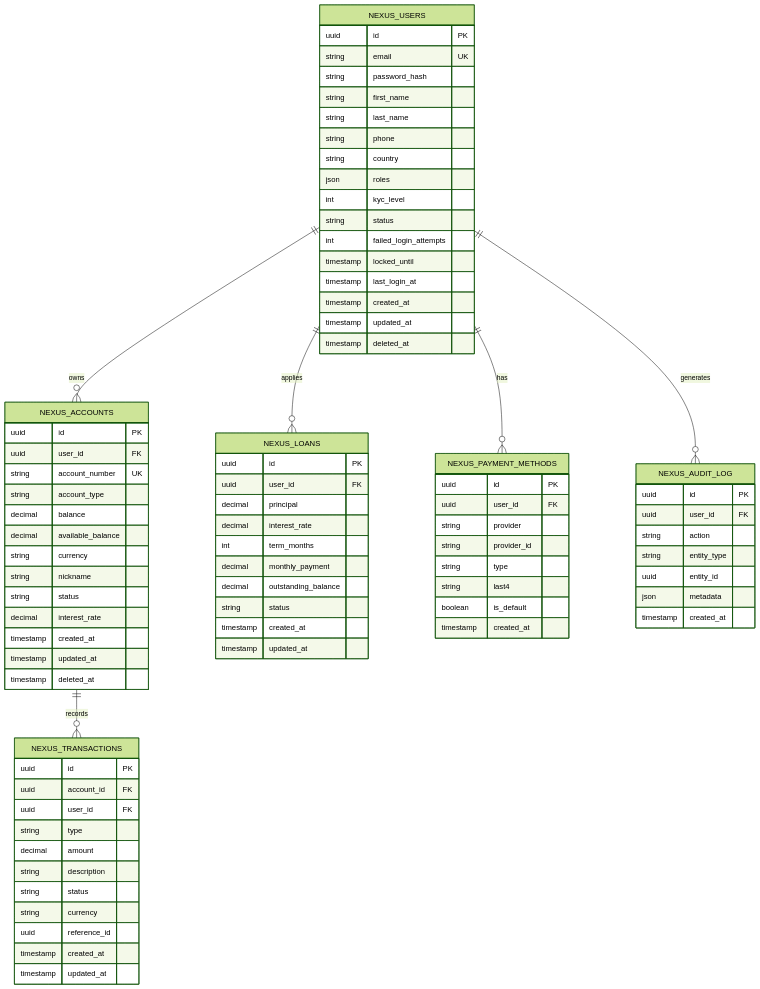
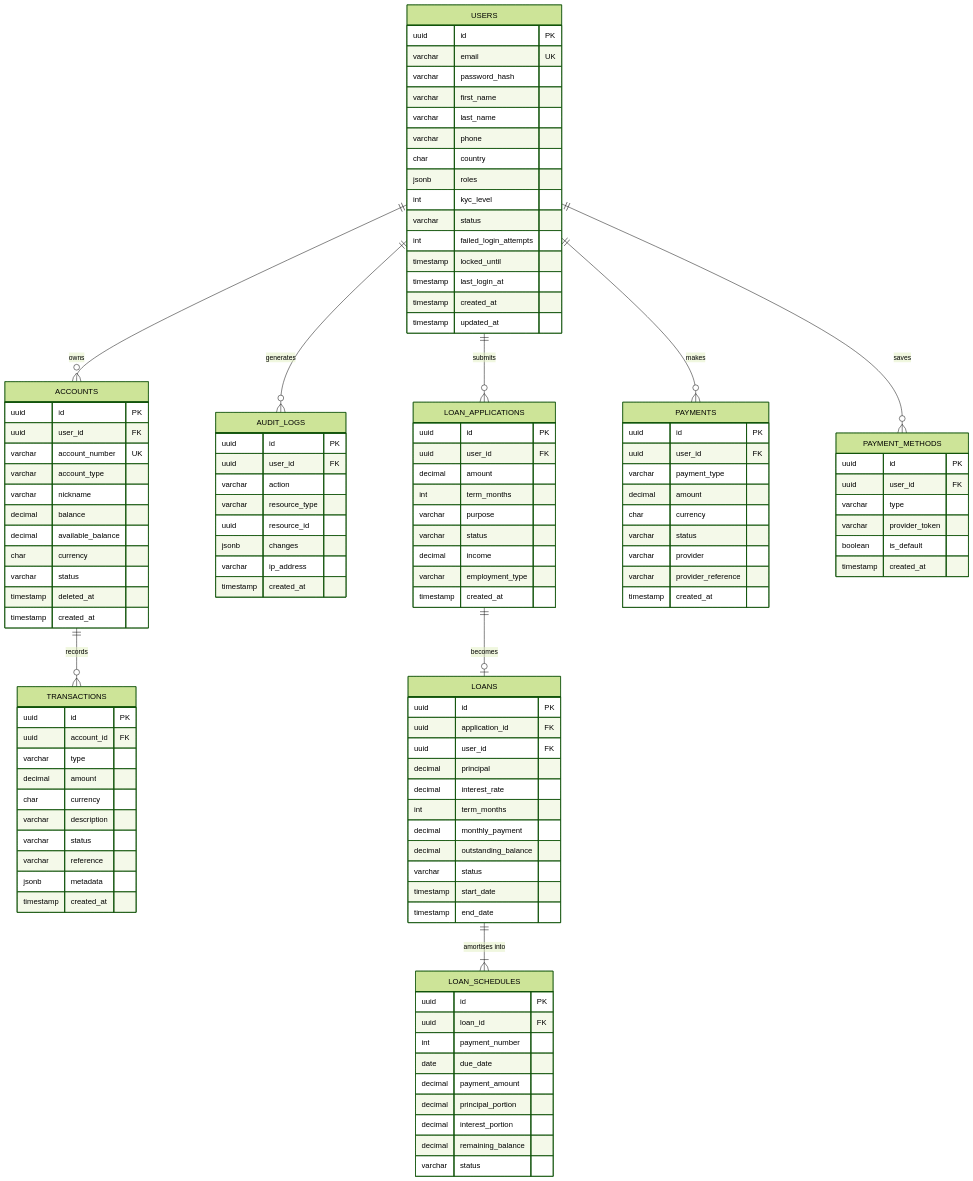
Before and after one commit to Skillfyme-R/DevOps-Capstone-Projects: the fourth of 8 diagrams in Project 1/README.md, drawn with Mermaid (forest theme). The commit also changed other lines of this file, not shown here.

Commit message:
docs: add enterprise-grade README for NexusFinance platform

````diff
--- a/Project 1/README.md
+++ b/Project 1/README.md
@@ -371,91 +491,126 @@
 ```mermaid
 erDiagram
-    NEXUS_USERS {
+    USERS {
         uuid id PK
-        string email UK
-        string password_hash
-        string first_name
-        string last_name
-        string phone
-        string country
-        json roles
+        varchar email UK
+        varchar password_hash
+        varchar first_name
+        varchar last_name
+        varchar phone
+        char country
+        jsonb roles
         int kyc_level
-        string status
+        varchar status
         int failed_login_attempts
         timestamp locked_until
         timestamp last_login_at
         timestamp created_at
         timestamp updated_at
-        timestamp deleted_at
     }
 
-    NEXUS_ACCOUNTS {
+    ACCOUNTS {
         uuid id PK
         uuid user_id FK
-        string account_number UK
-        string account_type
+        varchar account_number UK
+        varchar account_type
+        varchar nickname
         decimal balance
         decimal available_balance
-        string currency
-        string nickname
-        string status
-        decimal interest_rate
+        char currency
+        varchar status
+        timestamp deleted_at
         timestamp created_at
-        timestamp updated_at
-        timestamp deleted_at
     }
 
-    NEXUS_TRANSACTIONS {
+    TRANSACTIONS {
         uuid id PK
         uuid account_id FK
-        uuid user_id FK
-        string type
+        varchar type
         decimal amount
-        string description
-        string status
-        string currency
-        uuid reference_id
+        char currency
+        varchar description
+        varchar status
+        varchar reference
+        jsonb metadata
         timestamp created_at
-        timestamp updated_at
     }
 
-    NEXUS_LOANS {
+    AUDIT_LOGS {
         uuid id PK
+        uuid user_id FK
+        varchar action
+        varchar resource_type
+        uuid resource_id
+        jsonb changes
+        varchar ip_address
+        timestamp created_at
+    }
+
+    LOAN_APPLICATIONS {
+        uuid id PK
+        uuid user_id FK
+        decimal amount
+        int term_months
+        varchar purpose
+        varchar status
+        decimal income
+        varchar employment_type
+        timestamp created_at
+    }
+
+    LOANS {
+        uuid id PK
+        uuid application_id FK
         uuid user_id FK
         decimal principal
         decimal interest_rate
         int term_months
         decimal monthly_payment
         decimal outstanding_balance
-        string status
-        timestamp created_at
-        timestamp updated_at
+        varchar status
+        timestamp start_date
+        timestamp end_date
     }
 
-    NEXUS_PAYMENT_METHODS {
+    LOAN_SCHEDULES {
+        uuid id PK
+        uuid loan_id FK
+        int payment_number
+        date due_date
+        decimal payment_amount
+        decimal principal_portion
+        decimal interest_portion
+        decimal remaining_balance
+        varchar status
+    }
+
+    PAYMENTS {
         uuid id PK
         uuid user_id FK
-        string provider
-        string provider_id
-        string type
-        string last4
+        varchar payment_type
+        decimal amount
+        char currency
+        varchar status
+        varchar provider
+        varchar provider_reference
+        timestamp created_at
+    }
+
+    PAYMENT_METHODS {
+        uuid id PK
+        uuid user_id FK
+        varchar type
+        varchar provider_token
         boolean is_default
         timestamp created_at
     }
 
-    NEXUS_AUDIT_LOG {
-        uuid id PK
-        uuid user_id FK
-        string action
-        string entity_type
-        uuid entity_id
-        json metadata
-        timestamp created_at
-    }
-
-    NEXUS_USERS ||--o{ NEXUS_ACCOUNTS : owns
-    NEXUS_USERS ||--o{ NEXUS_LOANS : applies
-    NEXUS_USERS ||--o{ NEXUS_PAYMENT_METHODS : has
-    NEXUS_USERS ||--o{ NEXUS_AUDIT_LOG : generates
-    NEXUS_ACCOUNTS ||--o{ NEXUS_TRANSACTIONS : records
+    USERS ||--o{ ACCOUNTS : "owns"
+    ACCOUNTS ||--o{ TRANSACTIONS : "records"
+    USERS ||--o{ AUDIT_LOGS : "generates"
+    USERS ||--o{ LOAN_APPLICATIONS : "submits"
+    LOAN_APPLICATIONS ||--o| LOANS : "becomes"
+    LOANS ||--|{ LOAN_SCHEDULES : "amortises into"
+    USERS ||--o{ PAYMENTS : "makes"
+    USERS ||--o{ PAYMENT_METHODS : "saves"
 ```
````
